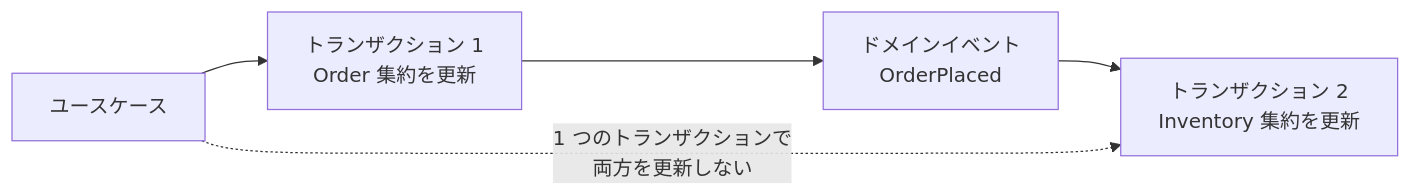
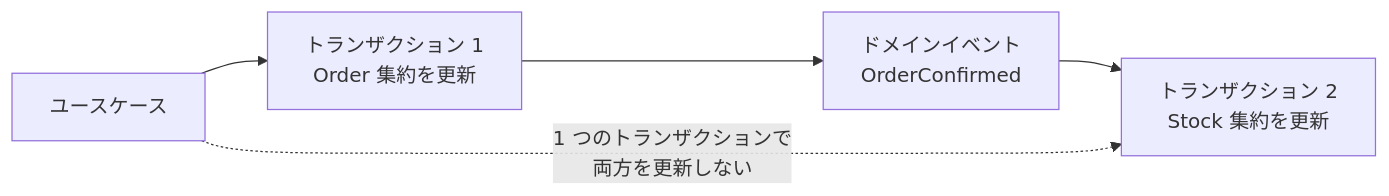
One commit to nao1215/debimate changed the fourth of 4 diagrams in content/notes/software-architecture/value-object-entity-aggregate/index.md. Above: the diagram before and after it, drawn with Mermaid. The commit also changed other lines of this file and 1 other file, not shown here.

Commit message:
docs(notes): align aggregate and repository notes with Domain Event

````diff
--- a/content/notes/software-architecture/value-object-entity-aggregate/index.md
+++ b/content/notes/software-architecture/value-object-entity-aggregate/index.md
@@ -259,7 +259,7 @@
 ```mermaid
 flowchart LR
     UC["ユースケース"] --> T1["トランザクション 1<br/>Order 集約を更新"]
-    T1 --> EV["ドメインイベント<br/>OrderPlaced"]
-    EV --> T2["トランザクション 2<br/>Inventory 集約を更新"]
+    T1 --> EV["ドメインイベント<br/>OrderConfirmed"]
+    EV --> T2["トランザクション 2<br/>Stock 集約を更新"]
     UC -. "1 つのトランザクションで<br/>両方を更新しない" .-> T2
 ```
````
